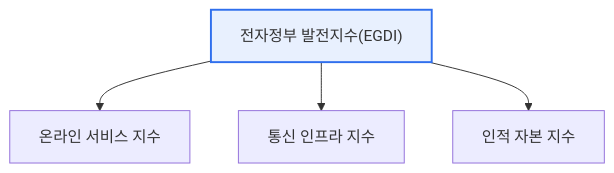
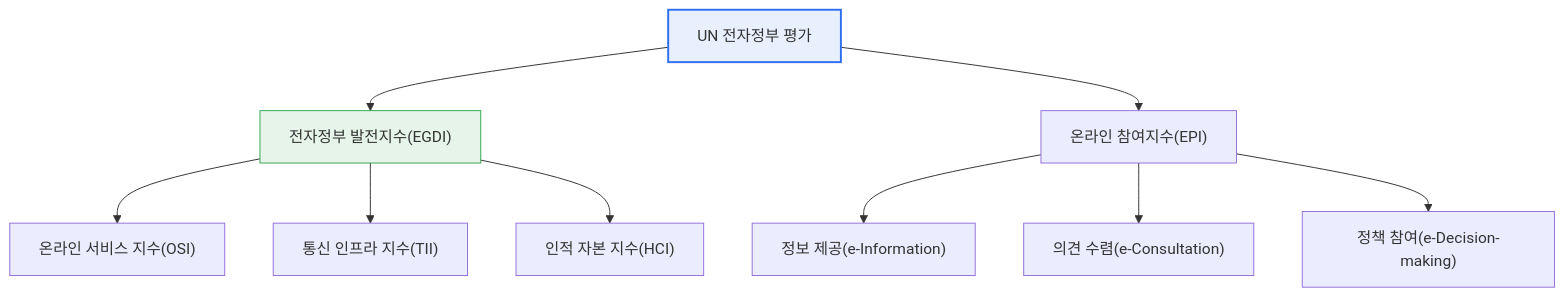
The first of 2 diagrams in content/egov-evaluation.md (coninggu/wjdqhrhksflrltnftk), drawn with Mermaid before and after one commit. The commit also changed other lines of this file and 3 other files, not shown here.

````diff
--- a/content/egov-evaluation.md
+++ b/content/egov-evaluation.md
@@ -18,7 +21,13 @@
 ```mermaid
 flowchart TB
-  EGDI["전자정부 발전지수(EGDI)"] --> OSI[온라인 서비스 지수]
-  EGDI --> TII[통신 인프라 지수]
-  EGDI --> HCI[인적 자본 지수]
-  style EGDI fill:#e8f0fe,stroke:#2f6fed,stroke-width:2px
+  UN["UN 전자정부 평가"] --> EGDI["전자정부 발전지수(EGDI)"]
+  UN --> EPI["온라인 참여지수(EPI)"]
+  EGDI --> OSI["온라인 서비스 지수(OSI)"]
+  EGDI --> TII["통신 인프라 지수(TII)"]
+  EGDI --> HCI["인적 자본 지수(HCI)"]
+  EPI --> P1["정보 제공(e-Information)"]
+  EPI --> P2["의견 수렴(e-Consultation)"]
+  EPI --> P3["정책 참여(e-Decision-making)"]
+  style UN fill:#e8f0fe,stroke:#2f6fed,stroke-width:2px
+  style EGDI fill:#e6f4ea,stroke:#34a853,stroke-width:1px
 ```
````
